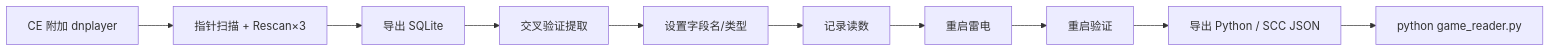
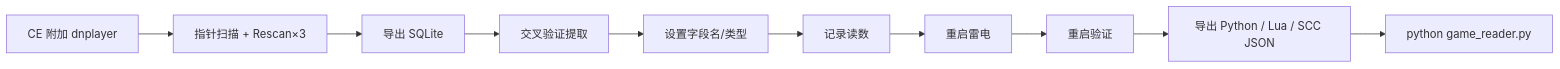
One commit to 180024421/ce-base-extractor changed the diagram in README.md. Above: the diagram before and after it, drawn with Mermaid. The commit also changed other lines of this file and 31 other files, not shown here.

````diff
--- a/README.md
+++ b/README.md
@@ -9,12 +9,12 @@
 ```mermaid
 flowchart LR
   A[CE 附加 dnplayer] --> B[指针扫描 + Rescan×3]
   B --> C[导出 SQLite]
   C --> D[交叉验证提取]
   D --> E[设置字段名/类型]
   E --> F[记录读数]
   F --> G[重启雷电]
   G --> H[重启验证]
-  H --> I[导出 Python / SCC JSON]
+  H --> I[导出 Python / Lua / SCC JSON]
   I --> J[python game_reader.py]
 ```
````
